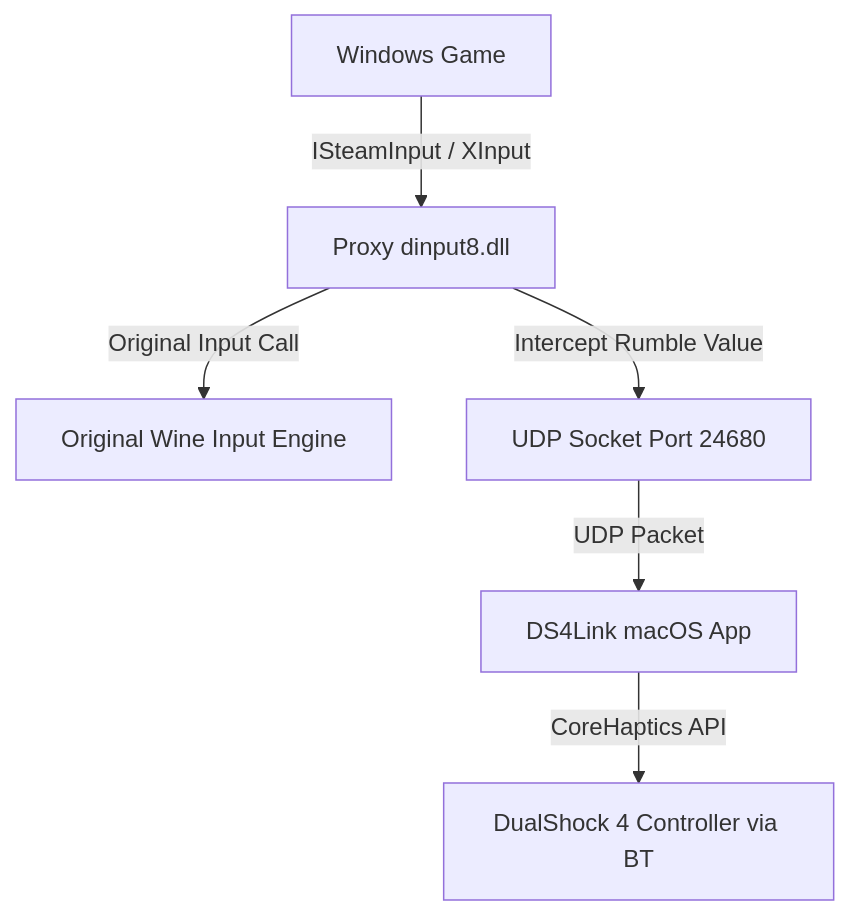
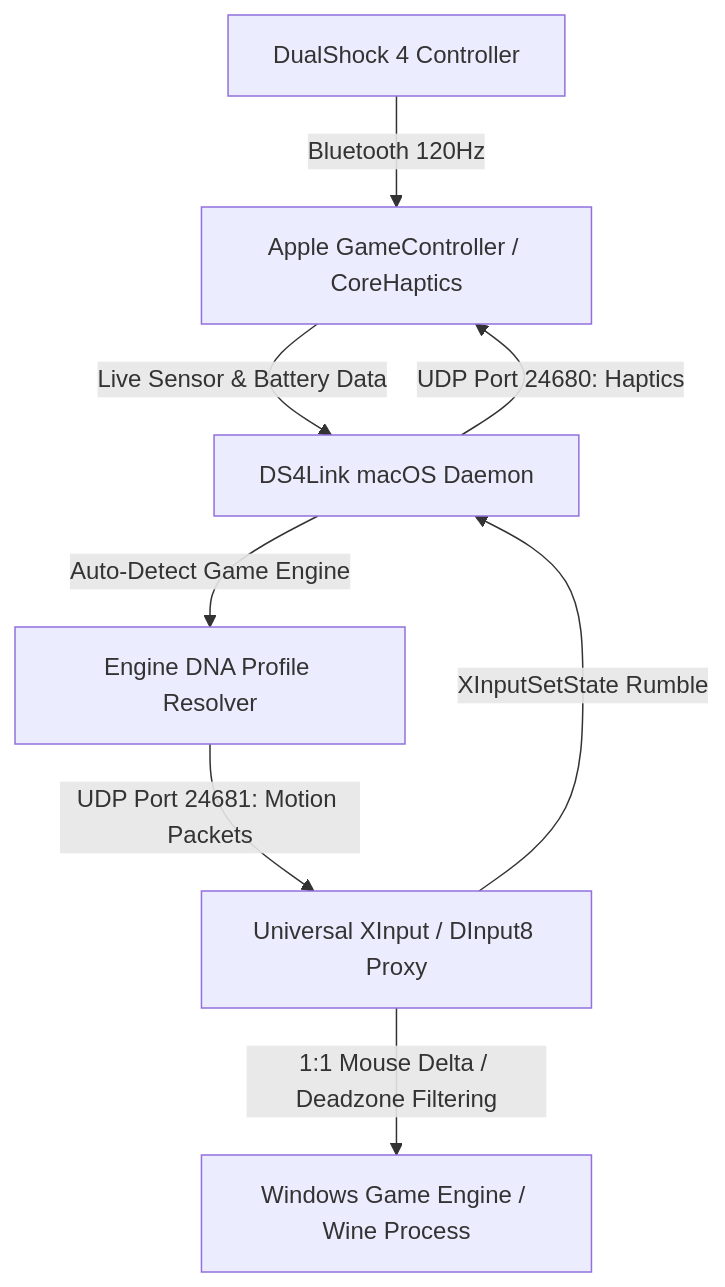
The diagram in README.md (VedantNarayan/ds4link), drawn with Mermaid before and after one commit. The commit also changed other lines of this file and 9 other files, not shown here.

Commit message:
Release v2.0.0: Universal Autonomous Controller Driver for macOS

````diff
--- a/README.md
+++ b/README.md
@@ -68,8 +80,10 @@
 ```mermaid
 graph TD
-    A[Windows Game] -->|ISteamInput / XInput| B[Proxy dinput8.dll]
-    B -->|Original Input Call| C[Original Wine Input Engine]
-    B -->|Intercept Rumble Value| D[UDP Socket Port 24680]
-    D -->|UDP Packet| E[DS4Link macOS App]
-    E -->|CoreHaptics API| F[DualShock 4 Controller via BT]
+    A[DualShock 4 Controller] -->|Bluetooth 120Hz| B[Apple GameController / CoreHaptics]
+    B -->|Live Sensor & Battery Data| C[DS4Link macOS Daemon]
+    C -->|Auto-Detect Game Engine| D[Engine DNA Profile Resolver]
+    D -->|UDP Port 24681: Motion Packets| E[Universal XInput / DInput8 Proxy]
+    E -->|XInputSetState Rumble| C
+    E -->|1:1 Mouse Delta / Deadzone Filtering| F[Windows Game Engine / Wine Process]
+    C -->|UDP Port 24680: Haptics| B
 ```
````
